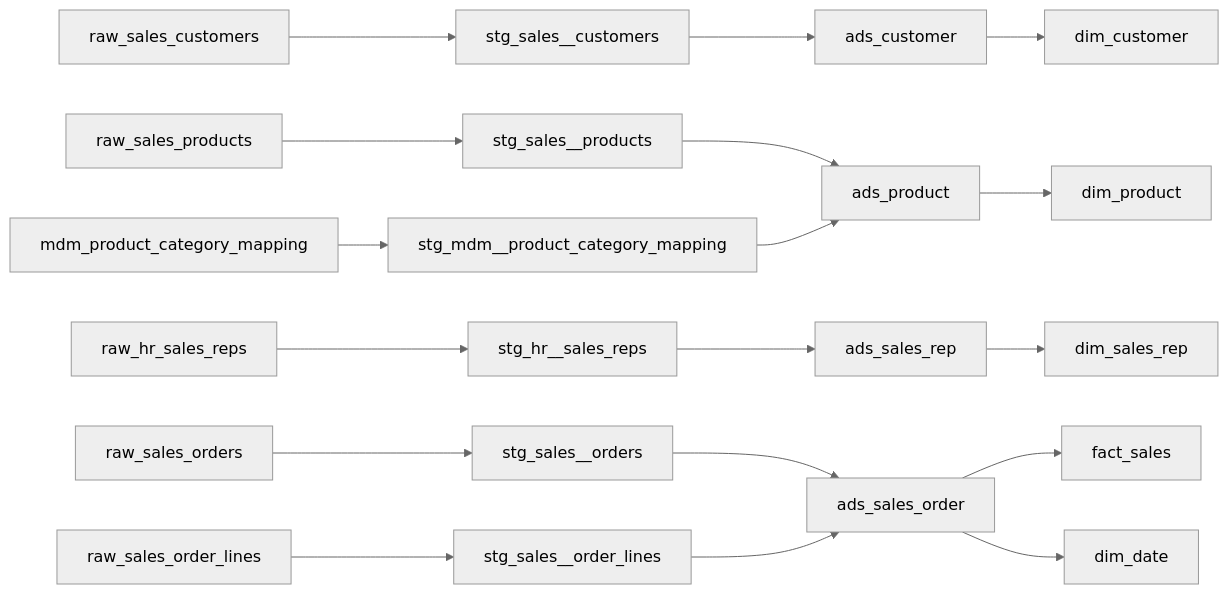
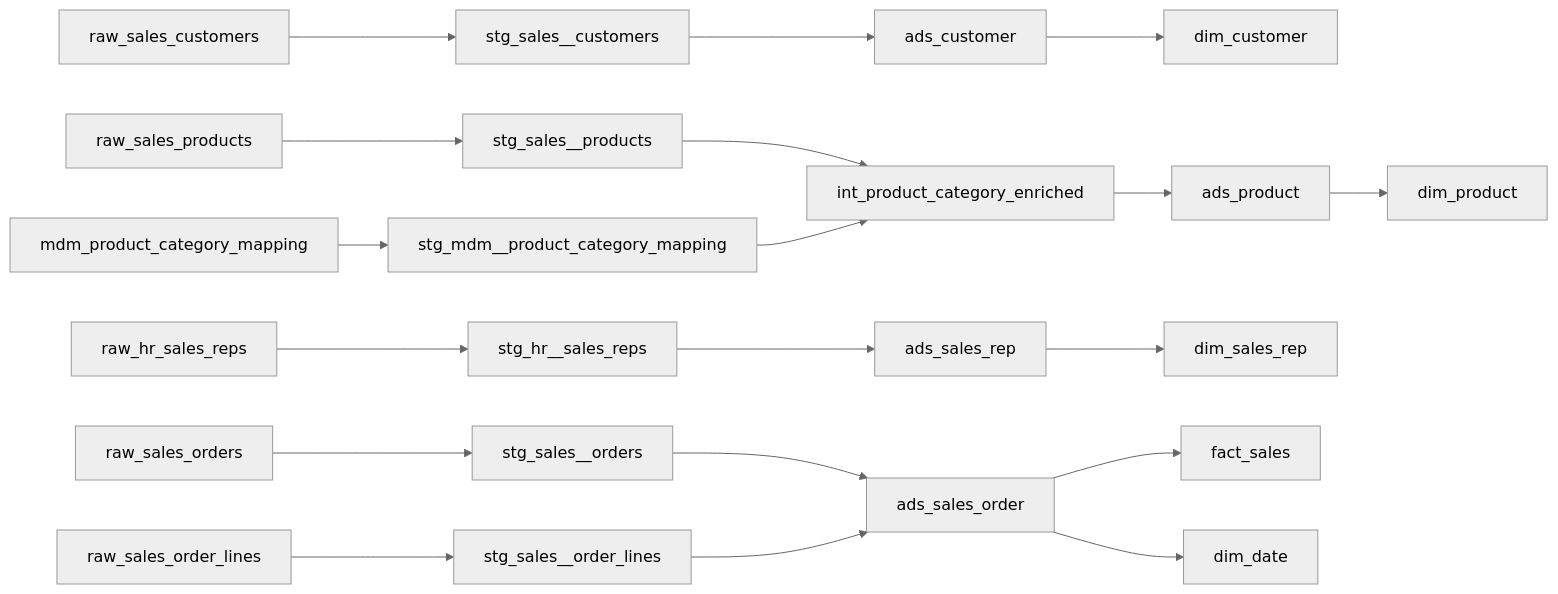
Before and after one commit to PlainsightPro/fabric-dbt-accelerator: the diagram in docs/ARCHITECTURE.md, drawn with Mermaid (neutral theme). The commit also changed other lines of this file and 42 other files, not shown here.

````diff
--- a/docs/ARCHITECTURE.md
+++ b/docs/ARCHITECTURE.md
@@ -41,10 +42,10 @@
 ```mermaid
 flowchart LR
     raw_sales_customers --> stg_sales__customers --> ads_customer --> dim_customer
-    raw_sales_products --> stg_sales__products --> ads_product --> dim_product
-    mdm_product_category_mapping --> stg_mdm__product_category_mapping --> ads_product
+    raw_sales_products --> stg_sales__products --> int_product_category_enriched --> ads_product --> dim_product
+    mdm_product_category_mapping --> stg_mdm__product_category_mapping --> int_product_category_enriched
     raw_hr_sales_reps --> stg_hr__sales_reps --> ads_sales_rep --> dim_sales_rep
     raw_sales_orders --> stg_sales__orders --> ads_sales_order --> fact_sales
     raw_sales_order_lines --> stg_sales__order_lines --> ads_sales_order
     ads_sales_order --> dim_date
 ```
````
